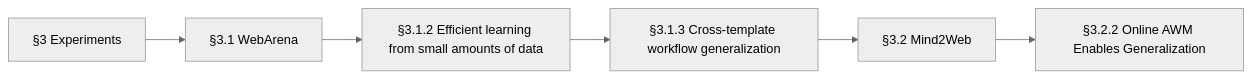
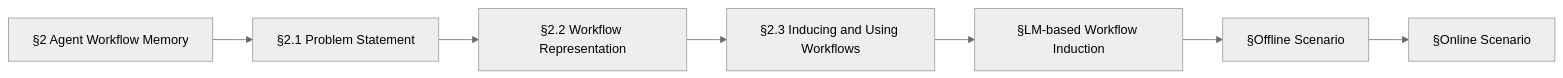
The fifth of 16 diagrams in docs/research/work-r4-knowledge-2026-11-25.md (DarknessLED/dsh-loom), drawn with Mermaid (neutral theme) before and after one commit. The commit also changed other lines of this file and 39 other files, not shown here.

````diff
--- a/docs/research/work-r4-knowledge-2026-11-25.md
+++ b/docs/research/work-r4-knowledge-2026-11-25.md
@@ -422,14 +438,16 @@
 ```mermaid
 flowchart LR
-  N0["§3 Experiments"]
-  N1["§3.1 WebArena"]
-  N2["§3.1.2 Efficient learning from small amounts of data"]
-  N3["§3.1.3 Cross-template workflow generalization"]
-  N4["§3.2 Mind2Web"]
-  N5["§3.2.2 Online AWM Enables Generalization"]
+  N0["§2 Agent Workflow Memory"]
+  N1["§2.1 Problem Statement"]
+  N2["§2.2 Workflow Representation"]
+  N3["§2.3 Inducing and Using Workflows"]
+  N4["§LM-based Workflow Induction"]
+  N5["§Offline Scenario"]
+  N6["§Online Scenario"]
   N0 --> N1
   N1 --> N2
   N2 --> N3
   N3 --> N4
   N4 --> N5
+  N5 --> N6
 ```
````
